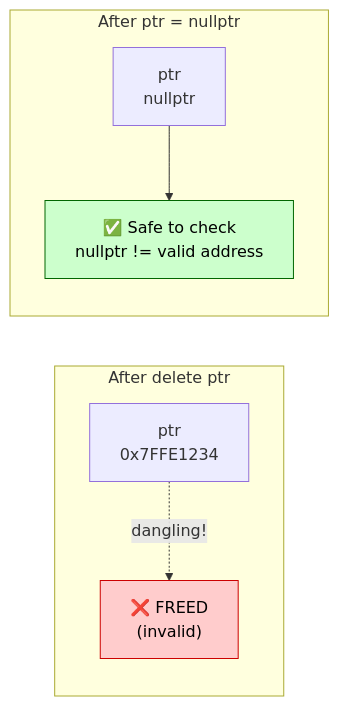
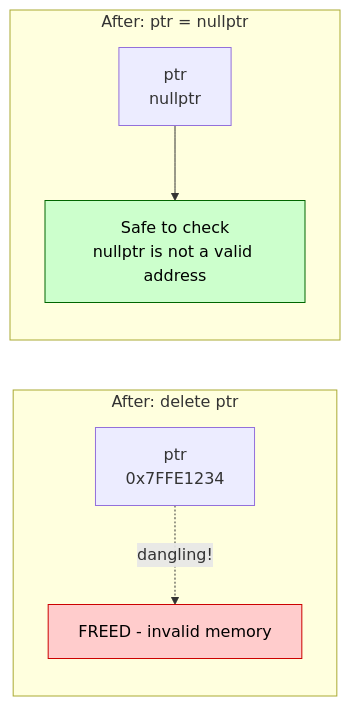
One commit to sakshamsontakke/Mastering-CPP changed the seventh of 22 diagrams in 02-Object-Oriented-Programming/40_masteringPointersAndDynamicMemory.md. Above: the diagram before and after it, drawn with Mermaid. The commit also changed other lines of this file, not shown here.

````diff
--- a/02-Object-Oriented-Programming/40_masteringPointersAndDynamicMemory.md
+++ b/02-Object-Oriented-Programming/40_masteringPointersAndDynamicMemory.md
@@ -280,17 +276,17 @@
 ```mermaid
 flowchart LR
-    subgraph After_Delete["After delete ptr"]
+    subgraph After_Delete["After: delete ptr"]
         P["ptr\n0x7FFE1234"]
-        M["❌ FREED\n(invalid)"]
+        M["FREED - invalid memory"]
         P -.->|"dangling!"| M
     end
 
-    subgraph After_Nullptr["After ptr = nullptr"]
+    subgraph After_Nullptr["After: ptr = nullptr"]
         P2["ptr\nnullptr"]
-        SAFE["✅ Safe to check\nnullptr != valid address"]
+        SAFE["Safe to check\nnullptr is not a valid address"]
         P2 --> SAFE
     end
 
     style M fill:#ffcccc,stroke:#cc0000,color:#000
     style SAFE fill:#ccffcc,stroke:#006600,color:#000
 ```
````
